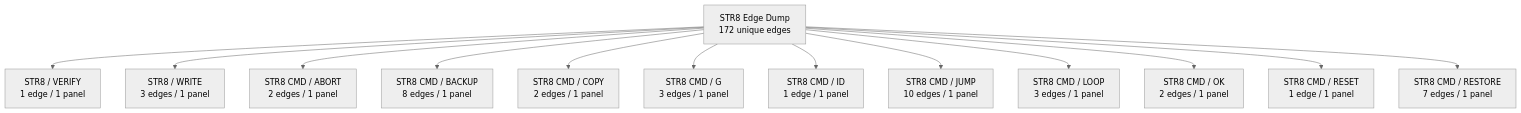
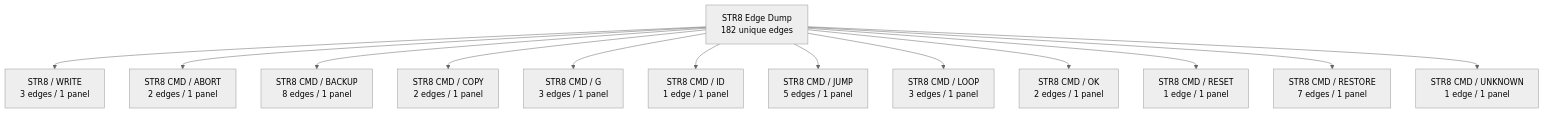
The third of 45 diagrams in DOC/GUIDES/STR8/STR8_EDGE_DUMP.md (95westus/R-YORS), drawn with Mermaid (neutral theme) before and after one commit. The commit also changed other lines of this file and 38 other files, not shown here.

````diff
--- a/DOC/GUIDES/STR8/STR8_EDGE_DUMP.md
+++ b/DOC/GUIDES/STR8/STR8_EDGE_DUMP.md
@@ -62,15 +62,15 @@
 ```mermaid
 flowchart TD
-    EDGE_ATLAS_ROOT_2["STR8 Edge Dump<br/>172 unique edges"] --> EDGE_FAMILY_2_0["STR8 / VERIFY<br/>1 edge / 1 panel"]
-    EDGE_ATLAS_ROOT_2["STR8 Edge Dump<br/>172 unique edges"] --> EDGE_FAMILY_2_1["STR8 / WRITE<br/>3 edges / 1 panel"]
-    EDGE_ATLAS_ROOT_2["STR8 Edge Dump<br/>172 unique edges"] --> EDGE_FAMILY_2_2["STR8 CMD / ABORT<br/>2 edges / 1 panel"]
-    EDGE_ATLAS_ROOT_2["STR8 Edge Dump<br/>172 unique edges"] --> EDGE_FAMILY_2_3["STR8 CMD / BACKUP<br/>8 edges / 1 panel"]
-    EDGE_ATLAS_ROOT_2["STR8 Edge Dump<br/>172 unique edges"] --> EDGE_FAMILY_2_4["STR8 CMD / COPY<br/>2 edges / 1 panel"]
-    EDGE_ATLAS_ROOT_2["STR8 Edge Dump<br/>172 unique edges"] --> EDGE_FAMILY_2_5["STR8 CMD / G<br/>3 edges / 1 panel"]
-    EDGE_ATLAS_ROOT_2["STR8 Edge Dump<br/>172 unique edges"] --> EDGE_FAMILY_2_6["STR8 CMD / ID<br/>1 edge / 1 panel"]
-    EDGE_ATLAS_ROOT_2["STR8 Edge Dump<br/>172 unique edges"] --> EDGE_FAMILY_2_7["STR8 CMD / JUMP<br/>10 edges / 1 panel"]
-    EDGE_ATLAS_ROOT_2["STR8 Edge Dump<br/>172 unique edges"] --> EDGE_FAMILY_2_8["STR8 CMD / LOOP<br/>3 edges / 1 panel"]
-    EDGE_ATLAS_ROOT_2["STR8 Edge Dump<br/>172 unique edges"] --> EDGE_FAMILY_2_9["STR8 CMD / OK<br/>2 edges / 1 panel"]
-    EDGE_ATLAS_ROOT_2["STR8 Edge Dump<br/>172 unique edges"] --> EDGE_FAMILY_2_10["STR8 CMD / RESET<br/>1 edge / 1 panel"]
-    EDGE_ATLAS_ROOT_2["STR8 Edge Dump<br/>172 unique edges"] --> EDGE_FAMILY_2_11["STR8 CMD / RESTORE<br/>7 edges / 1 panel"]
+    EDGE_ATLAS_ROOT_2["STR8 Edge Dump<br/>182 unique edges"] --> EDGE_FAMILY_2_0["STR8 / WRITE<br/>3 edges / 1 panel"]
+    EDGE_ATLAS_ROOT_2["STR8 Edge Dump<br/>182 unique edges"] --> EDGE_FAMILY_2_1["STR8 CMD / ABORT<br/>2 edges / 1 panel"]
+    EDGE_ATLAS_ROOT_2["STR8 Edge Dump<br/>182 unique edges"] --> EDGE_FAMILY_2_2["STR8 CMD / BACKUP<br/>8 edges / 1 panel"]
+    EDGE_ATLAS_ROOT_2["STR8 Edge Dump<br/>182 unique edges"] --> EDGE_FAMILY_2_3["STR8 CMD / COPY<br/>2 edges / 1 panel"]
+    EDGE_ATLAS_ROOT_2["STR8 Edge Dump<br/>182 unique edges"] --> EDGE_FAMILY_2_4["STR8 CMD / G<br/>3 edges / 1 panel"]
+    EDGE_ATLAS_ROOT_2["STR8 Edge Dump<br/>182 unique edges"] --> EDGE_FAMILY_2_5["STR8 CMD / ID<br/>1 edge / 1 panel"]
+    EDGE_ATLAS_ROOT_2["STR8 Edge Dump<br/>182 unique edges"] --> EDGE_FAMILY_2_6["STR8 CMD / JUMP<br/>5 edges / 1 panel"]
+    EDGE_ATLAS_ROOT_2["STR8 Edge Dump<br/>182 unique edges"] --> EDGE_FAMILY_2_7["STR8 CMD / LOOP<br/>3 edges / 1 panel"]
+    EDGE_ATLAS_ROOT_2["STR8 Edge Dump<br/>182 unique edges"] --> EDGE_FAMILY_2_8["STR8 CMD / OK<br/>2 edges / 1 panel"]
+    EDGE_ATLAS_ROOT_2["STR8 Edge Dump<br/>182 unique edges"] --> EDGE_FAMILY_2_9["STR8 CMD / RESET<br/>1 edge / 1 panel"]
+    EDGE_ATLAS_ROOT_2["STR8 Edge Dump<br/>182 unique edges"] --> EDGE_FAMILY_2_10["STR8 CMD / RESTORE<br/>7 edges / 1 panel"]
+    EDGE_ATLAS_ROOT_2["STR8 Edge Dump<br/>182 unique edges"] --> EDGE_FAMILY_2_11["STR8 CMD / UNKNOWN<br/>1 edge / 1 panel"]
 ```
````
